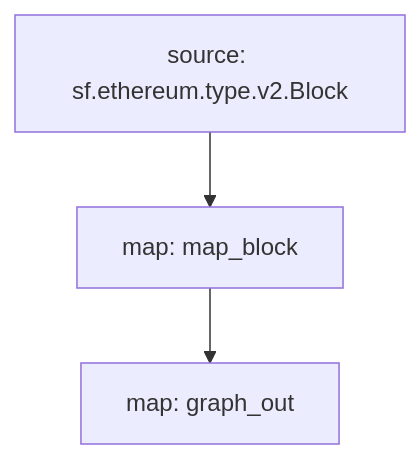
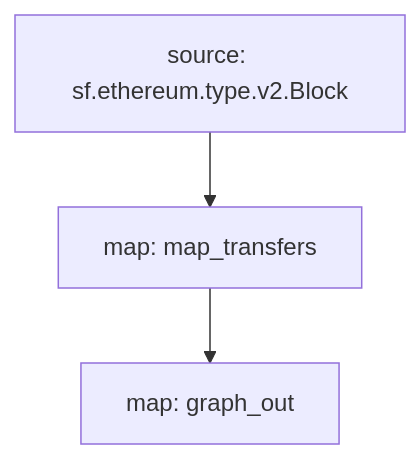
Before and after one commit to pinax-network/substreams-erc20-transfers: the diagram in README.md, drawn with Mermaid. The commit also changed other lines of this file and 29 other files, not shown here.

````diff
--- a/README.md
+++ b/README.md
@@ -34,8 +33,8 @@
 ```mermaid
 graph TD;
-  map_block[map: map_block];
-  sf.ethereum.type.v2.Block[source: sf.ethereum.type.v2.Block] --> map_block;
+  map_transfers[map: map_transfers];
+  sf.ethereum.type.v2.Block[source: sf.ethereum.type.v2.Block] --> map_transfers;
   graph_out[map: graph_out];
-  map_block --> graph_out;
+  map_transfers --> graph_out;
 
 ```
````
